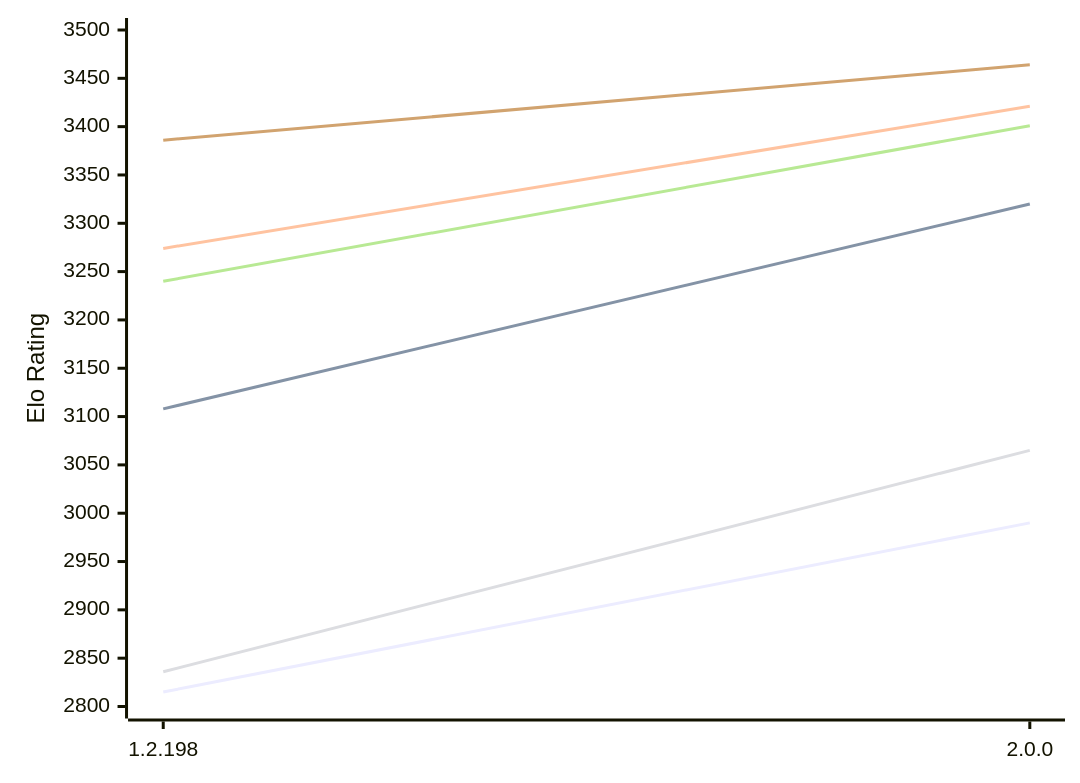
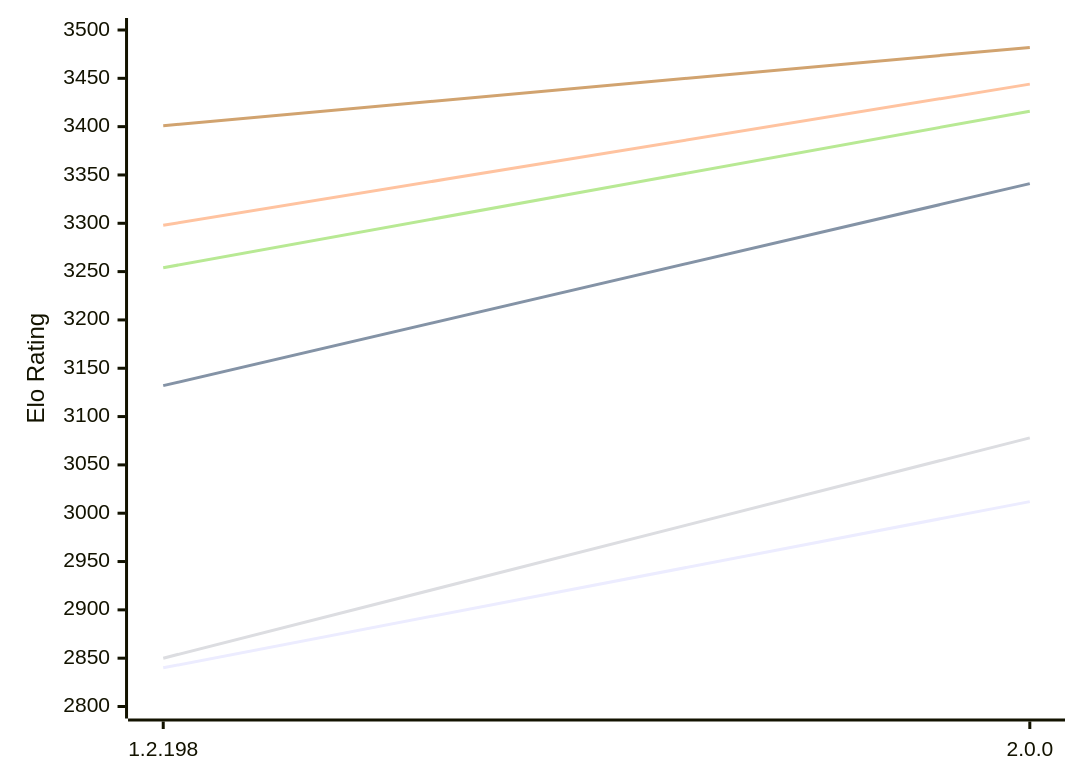
Before and after one commit to computer-chess-index/cci: the diagram in engines/Zenith.md, drawn with Mermaid. The commit also changed other lines of this file, not shown here.

Commit message:
Update CCI Ratings (ELO VLTC) - 2026-10-24

````diff
--- a/engines/Zenith.md
+++ b/engines/Zenith.md
@@ -49,12 +49,12 @@
 ```mermaid
 %%{init: {"theme":"base","themeVariables":{"seriesColors:['#a3a3a3','#222221','#faa371']}}}%%
 xychart-beta
   x-axis ["1.2.198", "2.0.0"]
   y-axis "Elo Rating" 2800 --> 3500
-  line "E1: STC (8.0+0.08s)" [2815, 2990]
-  line "E1: LTC (60.0+0.60s)" [3108, 3320]
-  line "E1: VLTC (2m24s+1.12s)" [3274, 3421]
-  line "P1: STC (8.0+0.08s)" [2836, 3065]
-  line "P1: LTC (60.0+0.60s)" [3240, 3401]
-  line "P1: VLTC (2m24s+1.12s)" [3386, 3464]
+  line "E1: STC (8.0+0.08s)" [2840, 3012]
+  line "E1: LTC (60.0+0.60s)" [3132, 3341]
+  line "E1: VLTC (2m24s+1.12s)" [3298, 3444]
+  line "P1: STC (8.0+0.08s)" [2850, 3078]
+  line "P1: LTC (60.0+0.60s)" [3254, 3416]
+  line "P1: VLTC (2m24s+1.12s)" [3401, 3482]
 ```
````
